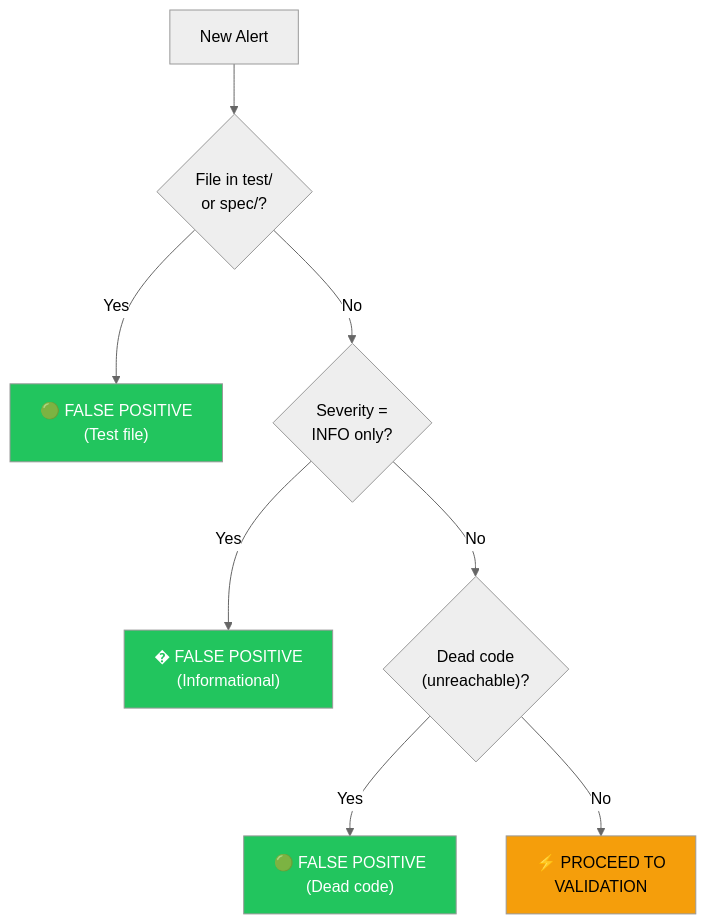
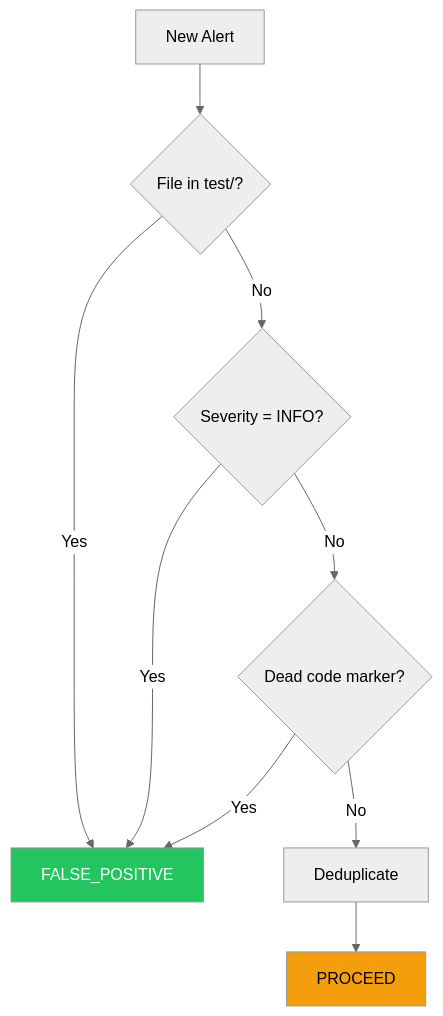
One commit to vireo-labs/poc_validator changed the fourth of 4 diagrams in docs/ARCHITECTURE.md. Above: the diagram before and after it, drawn with Mermaid (neutral theme). The commit also changed other lines of this file, not shown here.

First line of the commit message:
docs: Update ARCHITECTURE.md to reflect v0.1.1 implementation

````diff
--- a/docs/ARCHITECTURE.md
+++ b/docs/ARCHITECTURE.md
@@ -312,25 +179,14 @@
 ```mermaid
 flowchart TB
-    START["New Alert"] --> Q1{"File in test/
-    or spec/?"}
+    START["New Alert"] --> Q1{"File in test/?"}
+    Q1 -->|Yes| FP["FALSE_POSITIVE"]
+    Q1 -->|No| Q2{"Severity = INFO?"}
+    Q2 -->|Yes| FP
+    Q2 -->|No| Q3{"Dead code marker?"}
+    Q3 -->|Yes| FP
+    Q3 -->|No| DEDUP["Deduplicate"]
+    DEDUP --> VALIDATE["PROCEED"]
     
-    Q1 -->|"Yes"| FP1["🟢 FALSE POSITIVE
-    (Test file)"]
-    Q1 -->|"No"| Q2{"Severity =
-    INFO only?"}
-    
-    Q2 -->|"Yes"| FP2["� FALSE POSITIVE
-    (Informational)"]
-    Q2 -->|"No"| Q3{"Dead code
-    (unreachable)?"}
-    
-    Q3 -->|"Yes"| FP3["🟢 FALSE POSITIVE
-    (Dead code)"]
-    Q3 -->|"No"| VALIDATE["⚡ PROCEED TO
-    VALIDATION"]
-
-    style FP1 fill:#22c55e,color:#fff
-    style FP2 fill:#22c55e,color:#fff
-    style FP3 fill:#22c55e,color:#fff
+    style FP fill:#22c55e,color:#fff
     style VALIDATE fill:#f59e0b,color:#000
 ```
````
